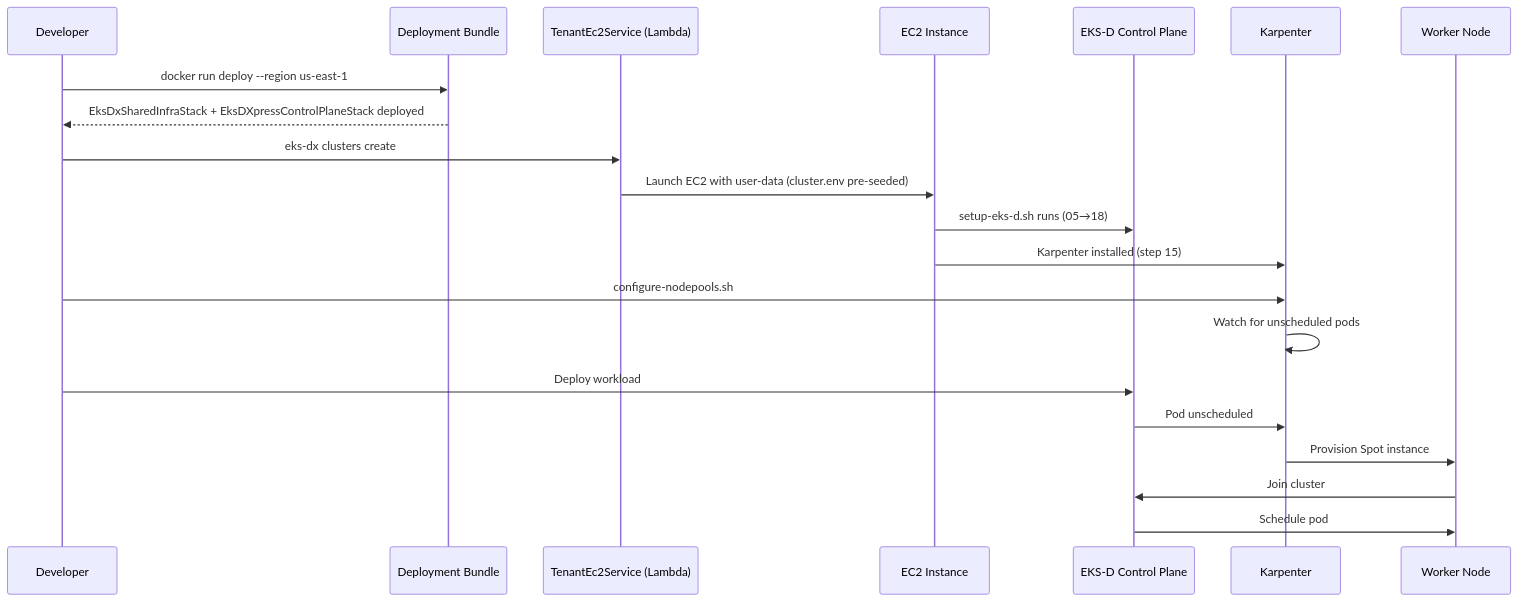
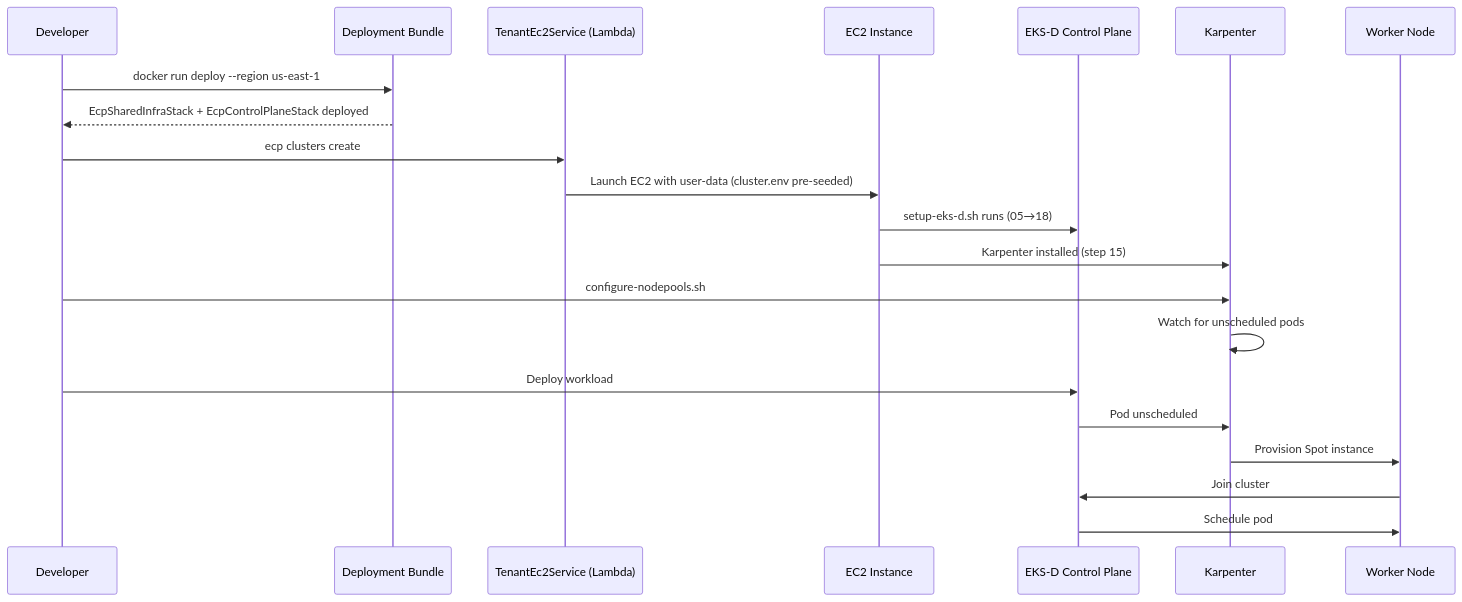
One commit to codriverlabs/express-compute-platform changed the third of 3 diagrams in docs/user-guides/architecture.md. Above: the diagram before and after it, drawn with Mermaid. The commit also changed other lines of this file and 86 other files, not shown here.

````diff
--- a/docs/user-guides/architecture.md
+++ b/docs/user-guides/architecture.md
@@ -108,27 +108,27 @@
 ```mermaid
 sequenceDiagram
     participant Dev as Developer
     participant Bundle as Deployment Bundle
     participant Lambda as TenantEc2Service (Lambda)
     participant EC2 as EC2 Instance
     participant EKS as EKS-D Control Plane
     participant K as Karpenter
     participant Worker as Worker Node
 
     Dev->>Bundle: docker run deploy --region us-east-1
-    Bundle-->>Dev: EksDxSharedInfraStack + EksDXpressControlPlaneStack deployed
+    Bundle-->>Dev: EcpSharedInfraStack + EcpControlPlaneStack deployed
 
-    Dev->>Lambda: eks-dx clusters create
+    Dev->>Lambda: ecp clusters create
     Lambda->>EC2: Launch EC2 with user-data (cluster.env pre-seeded)
     EC2->>EKS: setup-eks-d.sh runs (05→18)
     EC2->>K: Karpenter installed (step 15)
 
     Dev->>K: configure-nodepools.sh
     K->>K: Watch for unscheduled pods
 
     Dev->>EKS: Deploy workload
     EKS->>K: Pod unscheduled
     K->>Worker: Provision Spot instance
     Worker->>EKS: Join cluster
     EKS->>Worker: Schedule pod
 ```
````
